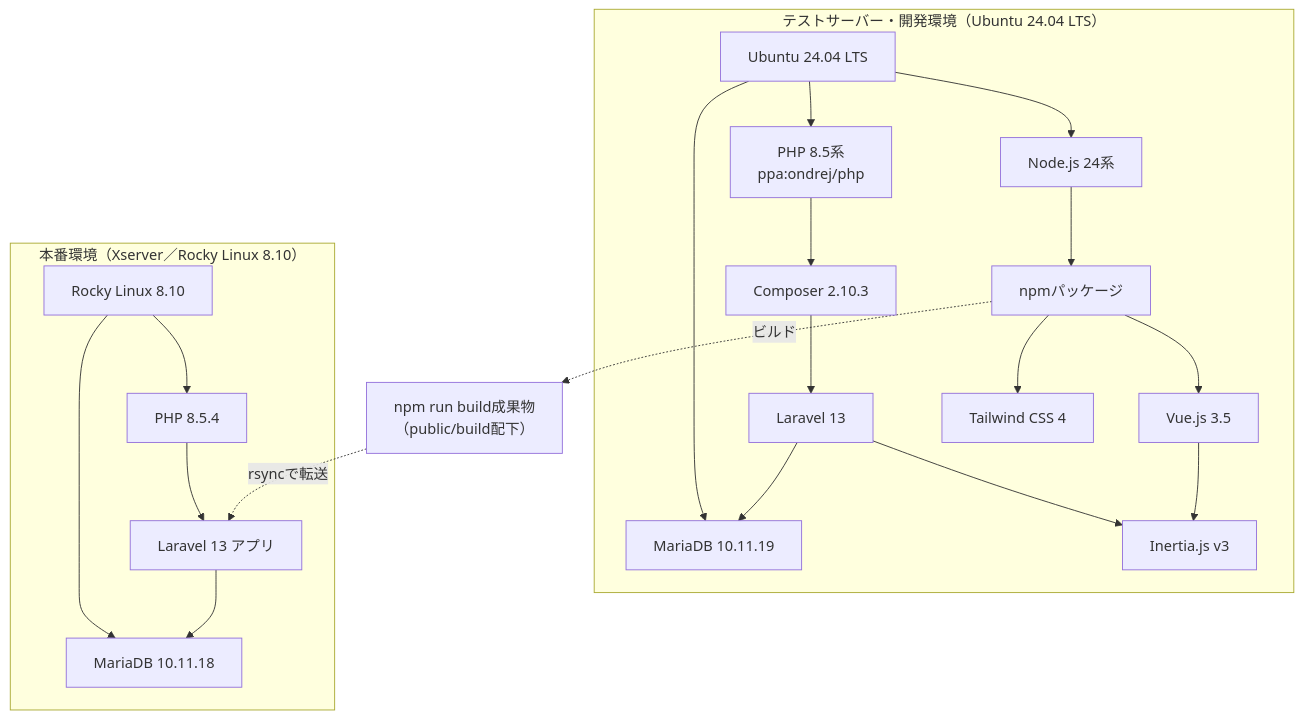
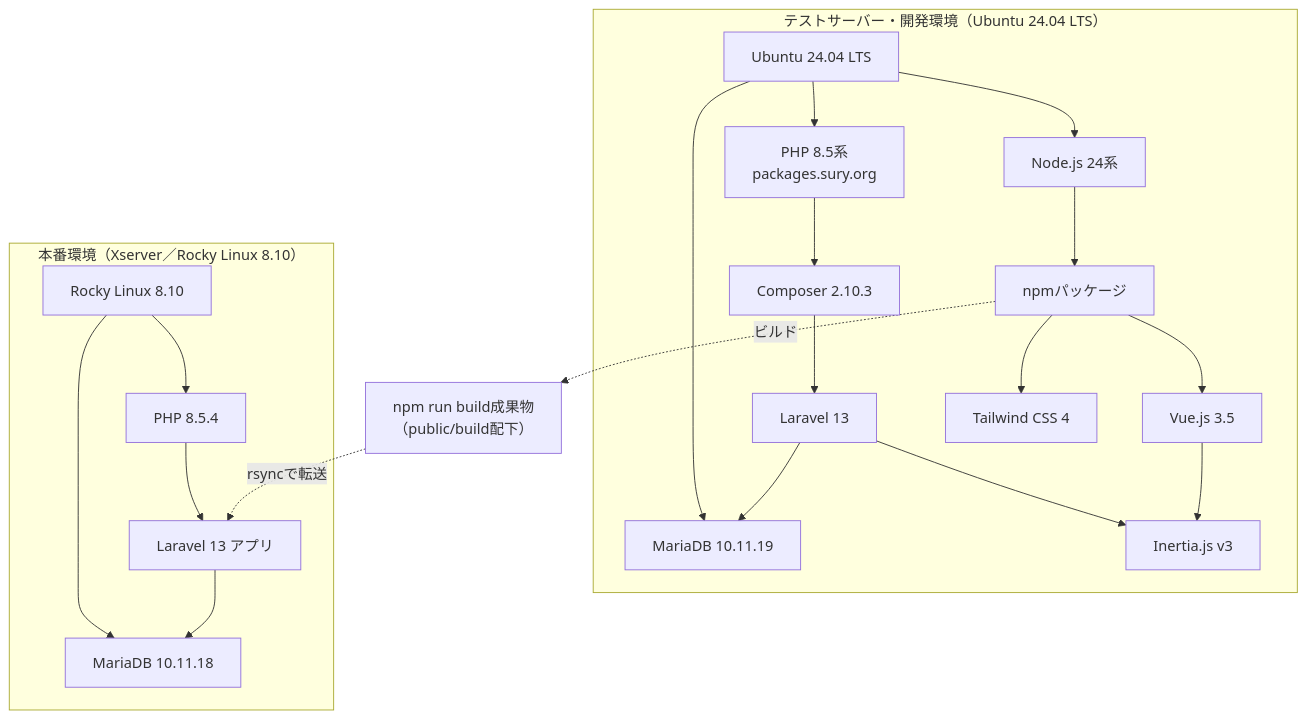
The diagram in docs/技術仕様書.md (pluslub/helpstation), drawn with Mermaid before and after one commit. The commit also changed other lines of this file and 2 other files, not shown here.

First line of the commit message:
PHPリポジトリをppa:ondrej/phpからpackages.sury.orgに変更

````diff
--- a/docs/技術仕様書.md
+++ b/docs/技術仕様書.md
@@ -23,27 +23,27 @@
 ```mermaid
 flowchart TB
     subgraph Dev["テストサーバー・開発環境（Ubuntu 24.04 LTS）"]
-        OS1[Ubuntu 24.04 LTS] --> PHP1[PHP 8.5系<br>ppa:ondrej/php]
+        OS1[Ubuntu 24.04 LTS] --> PHP1[PHP 8.5系<br>packages.sury.org]
         OS1 --> Node1[Node.js 24系]
         OS1 --> DB1[MariaDB 10.11.19]
         PHP1 --> Composer[Composer 2.10.3]
         Composer --> Laravel1[Laravel 13]
         Node1 --> Npm[npmパッケージ]
         Npm --> Vue[Vue.js 3.5]
         Npm --> Tailwind[Tailwind CSS 4]
         Laravel1 --> Inertia[Inertia.js v3]
         Vue --> Inertia
         Laravel1 --> DB1
     end
 
     subgraph Prod["本番環境（Xserver／Rocky Linux 8.10）"]
         OS2[Rocky Linux 8.10] --> PHP2[PHP 8.5.4]
         OS2 --> DB2[MariaDB 10.11.18]
         PHP2 --> Laravel2[Laravel 13 アプリ]
         Laravel2 --> DB2
     end
 
     Build[npm run build成果物<br>（public/build配下）]
     Npm -.ビルド.-> Build
     Build -.rsyncで転送.-> Laravel2
 ```
````
